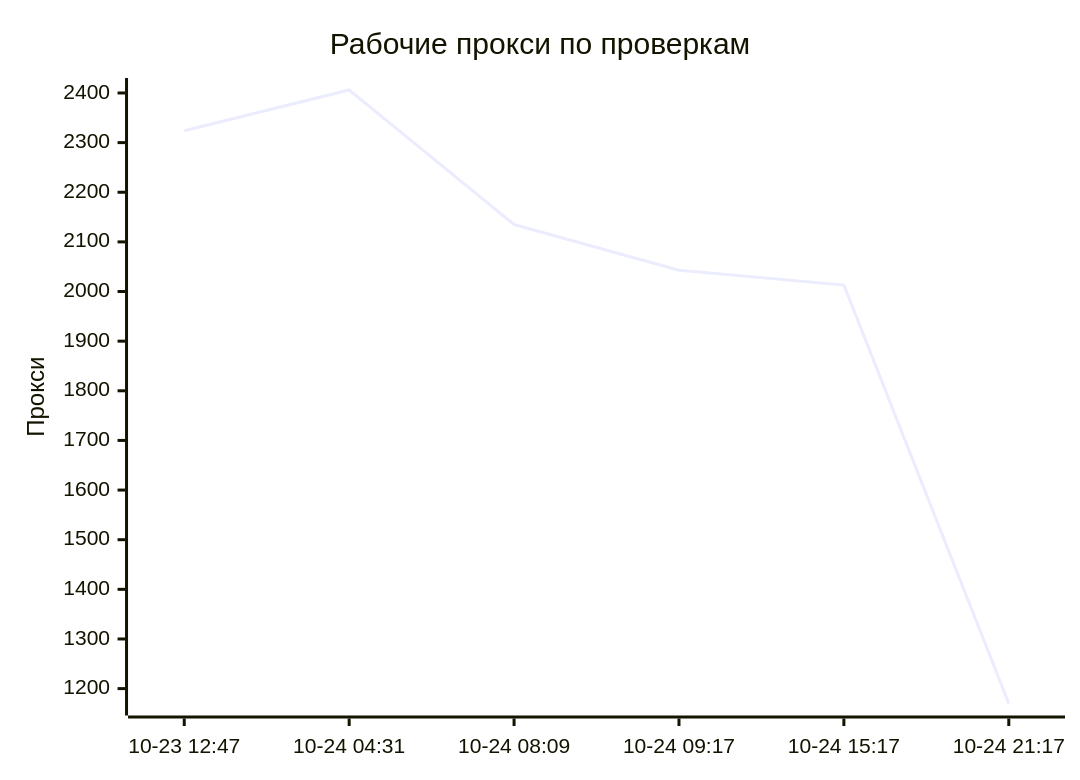
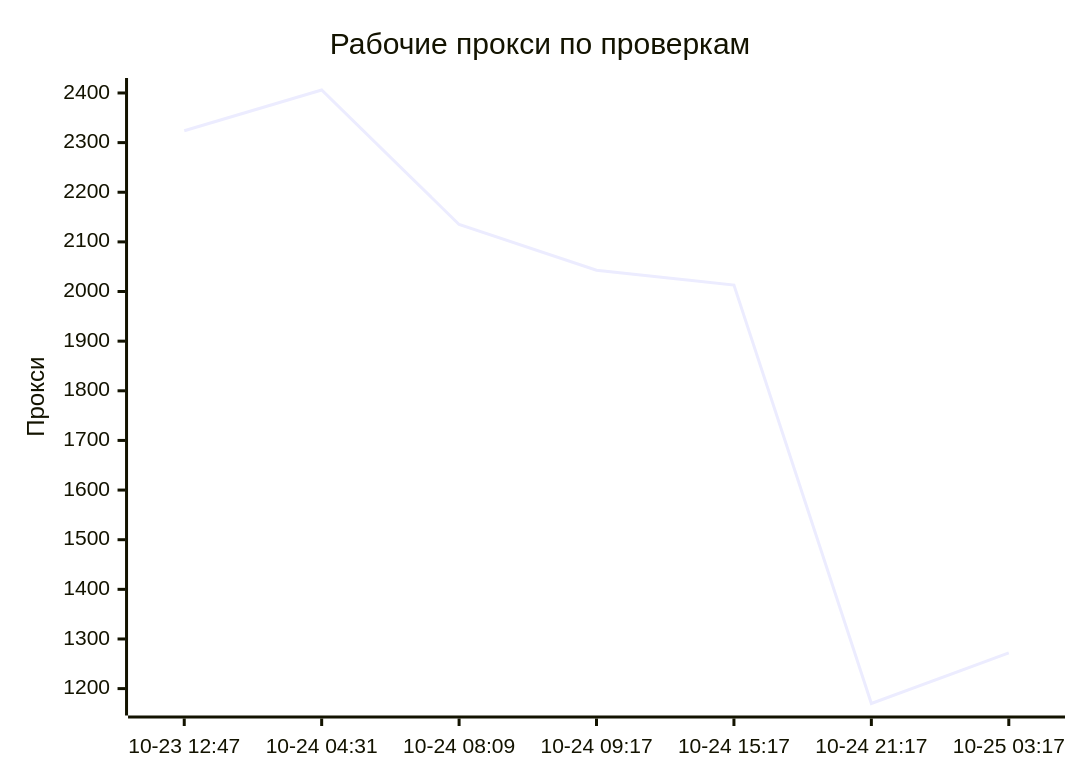
The first of 4 diagrams in README.md (rvvg/proxy-subs), drawn with Mermaid before and after one commit. The commit also changed other lines of this file and 48 other files, not shown here.

````diff
--- a/README.md
+++ b/README.md
@@ -119,7 +122,7 @@
 ```mermaid
 xychart-beta
     title "Рабочие прокси по проверкам"
-    x-axis ["10-23 12:47", "10-24 04:31", "10-24 08:09", "10-24 09:17", "10-24 15:17", "10-24 21:17"]
+    x-axis ["10-23 12:47", "10-24 04:31", "10-24 08:09", "10-24 09:17", "10-24 15:17", "10-24 21:17", "10-25 03:17"]
     y-axis "Прокси"
-    line [2324, 2406, 2135, 2043, 2013, 1170]
+    line [2324, 2406, 2135, 2043, 2013, 1170, 1272]
 ```
````
